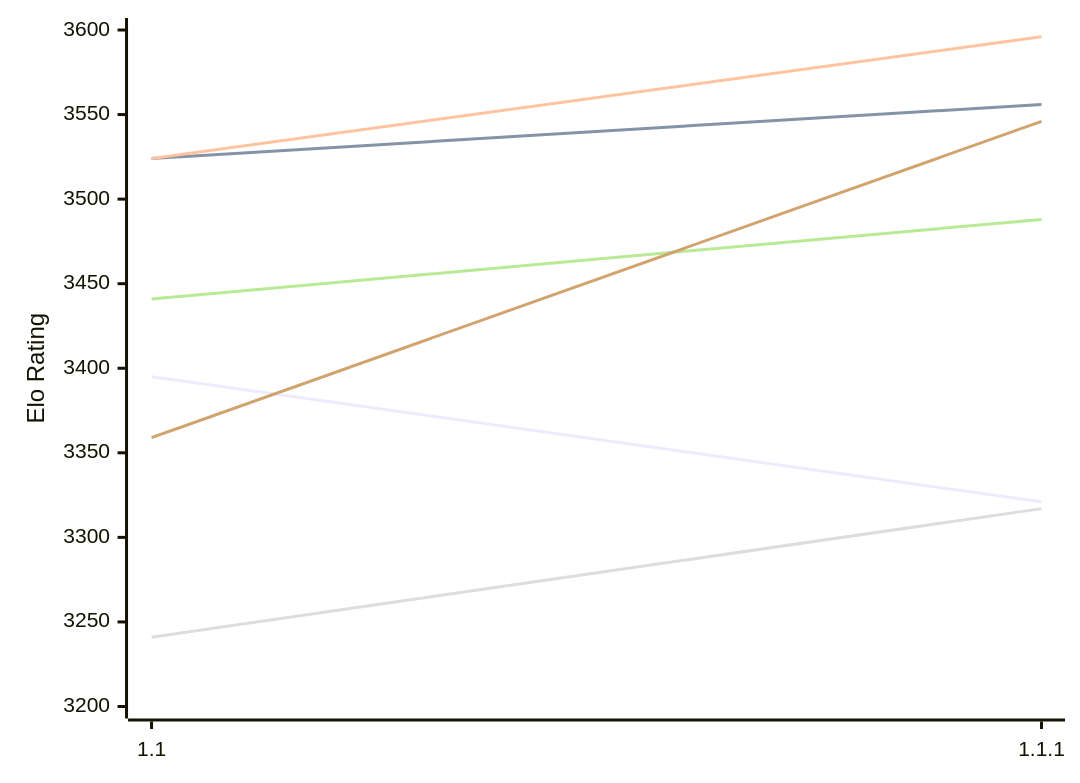
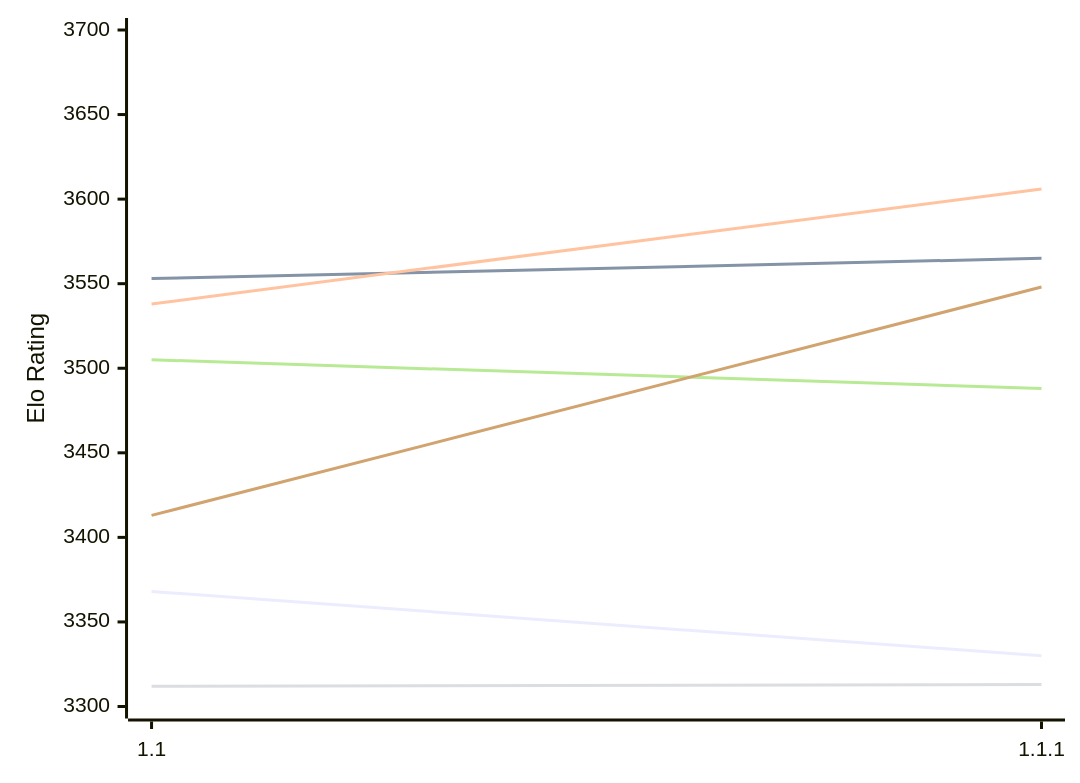
The first of 2 diagrams in engines/Icarus.md (computer-chess-index/cci), drawn with Mermaid before and after one commit. The commit also changed other lines of this file, not shown here.

Commit message:
Update CCI Ratings (ELO VLTC) - 2026-11-16

````diff
--- a/engines/Icarus.md
+++ b/engines/Icarus.md
@@ -51,12 +51,12 @@
 ```mermaid
 %%{init: {"theme":"base","themeVariables":{"seriesColors:['#a3a3a3','#222221','#faa371']}}}%%
 xychart-beta
   x-axis ["1.1", "1.1.1"]
-  y-axis "Elo Rating" 3200 --> 3600
-  line "E1: STC (8.0+0.08s)" [3395, 3321]
-  line "E1: LTC (60.0+0.60s)" [3524, 3556]
-  line "E1: VLTC (2m24s+1.12s)" [3524, 3596]
-  line "P1: STC (8.0+0.08s)" [3241, 3317]
-  line "P1: LTC (60.0+0.60s)" [3441, 3488]
-  line "P1: VLTC (2m24s+1.12s)" [3359, 3546]
+  y-axis "Elo Rating" 3300 --> 3700
+  line "E1: STC (8.0+0.08s)" [3368, 3330]
+  line "E1: LTC (60.0+0.60s)" [3553, 3565]
+  line "E1: VLTC (2m24s+1.12s)" [3538, 3606]
+  line "P1: STC (8.0+0.08s)" [3312, 3313]
+  line "P1: LTC (60.0+0.60s)" [3505, 3488]
+  line "P1: VLTC (2m24s+1.12s)" [3413, 3548]
 ```
````
